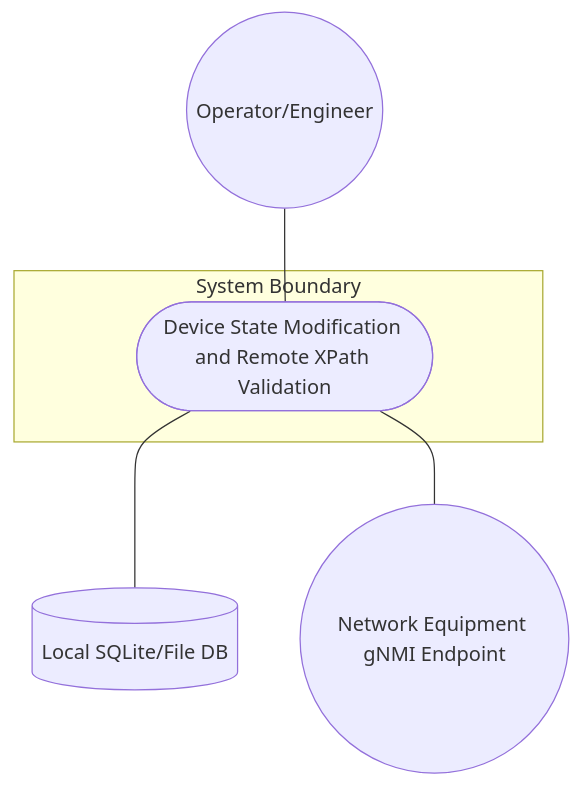
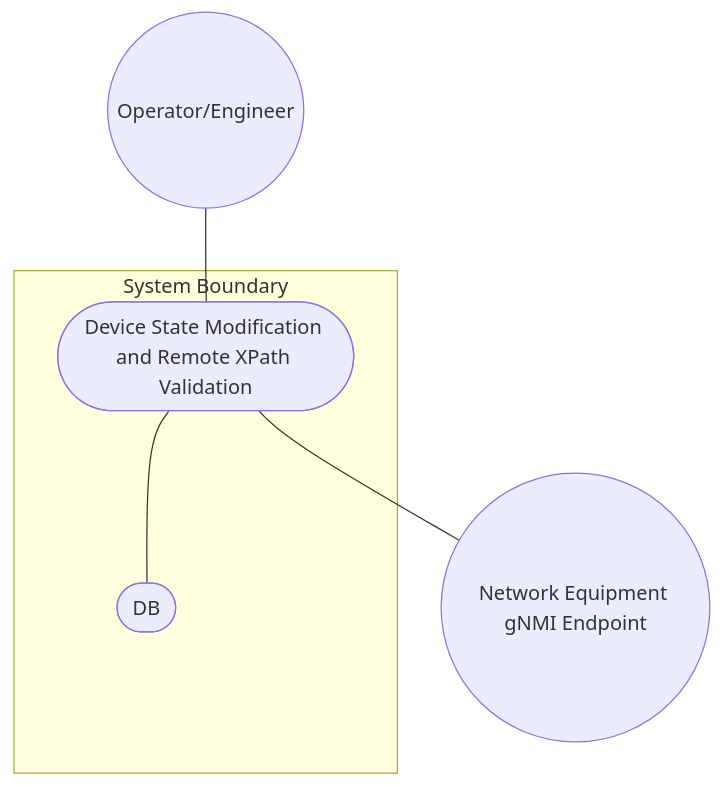
Before and after one commit to gintatkinson/digital-pipeline-repo: the first of 2 diagrams in docs/use-cases/uc-06-device-state-modification.md, drawn with Mermaid. The commit also changed other lines of this file and 17 other files, not shown here.

````diff
--- a/docs/use-cases/uc-06-device-state-modification.md
+++ b/docs/use-cases/uc-06-device-state-modification.md
@@ -48,9 +48,10 @@
 ```mermaid
 graph TD
     subgraph "System Boundary"
         UC([Device State Modification and Remote XPath Validation])
+        DB([DB])
     end
     Operator((Operator/Engineer)) --- UC
-    UC --- DB[(Local SQLite/File DB)]
+    UC --- DB
     UC --- NE((Network Equipment gNMI Endpoint))
 ```
````
